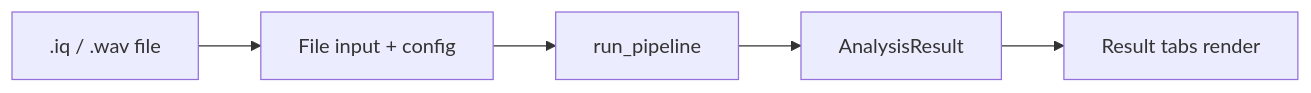
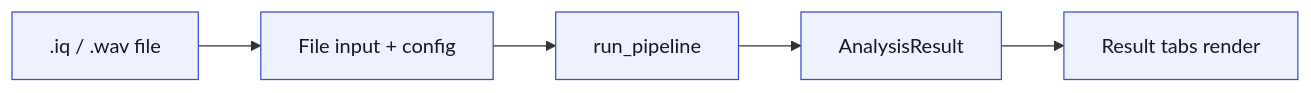
The first of 3 diagrams in README.md (Akhil-0911/SigIQ), drawn with Mermaid before and after one commit. The commit also changed other lines of this file, not shown here.

First line of the commit message:
Fix low-contrast text in the README flowcharts

````diff
--- a/README.md
+++ b/README.md
@@ -77,7 +77,9 @@
 ```mermaid
 flowchart LR
     A[".iq / .wav file"] --> B[File input + config]
     B --> C[run_pipeline]
     C --> D[AnalysisResult]
     D --> E[Result tabs render]
+
+    classDef default fill:#eef2ff,stroke:#3b4bd8,stroke-width:1px,color:#111827;
 ```
````
